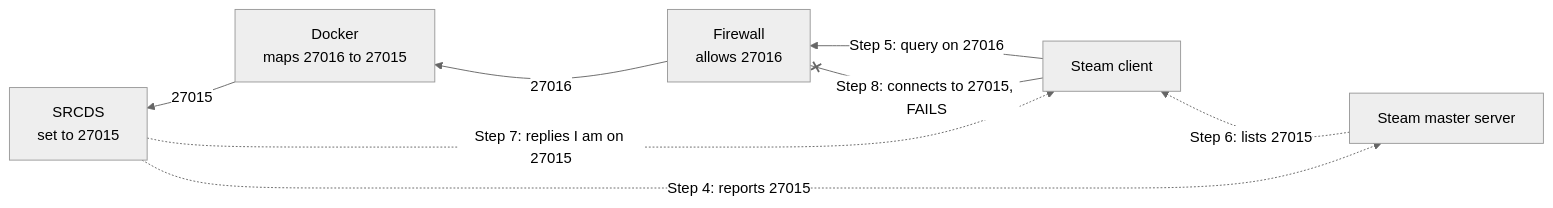
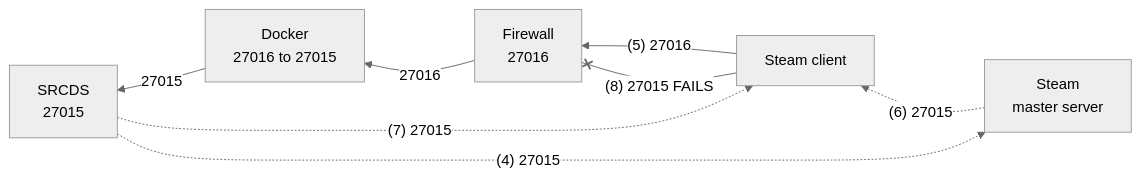
One commit to GameServerManagers/LinuxGSM-Docs changed the first of 2 diagrams in networking/ports.md. Above: the diagram before and after it, drawn with Mermaid (neutral theme). The commit also changed other lines of this file, not shown here.

Commit message:
docs(networking): shorten diagram labels so they stay readable

````diff
--- a/networking/ports.md
+++ b/networking/ports.md
@@ -91,16 +91,16 @@
 ```mermaid
 flowchart RL
-    MASTER["Steam master server"]
+    MASTER["Steam<br/>master server"]
     CLIENT["Steam client"]
-    FW["Firewall<br/>allows 27016"]
-    DOCKER["Docker<br/>maps 27016 to 27015"]
-    SRCDS["SRCDS<br/>set to 27015"]
+    FW["Firewall<br/>27016"]
+    DOCKER["Docker<br/>27016 to 27015"]
+    SRCDS["SRCDS<br/>27015"]
     MASTER ~~~ CLIENT ~~~ FW ~~~ DOCKER ~~~ SRCDS
-    CLIENT -- "Step 5: query on 27016" --> FW
+    CLIENT -- "(5) 27016" --> FW
     FW -- "27016" --> DOCKER
     DOCKER -- "27015" --> SRCDS
-    SRCDS -. "Step 4: reports 27015" .-> MASTER
-    MASTER -. "Step 6: lists 27015" .-> CLIENT
-    SRCDS -. "Step 7: replies I am on 27015" .-> CLIENT
-    CLIENT -- "Step 8: connects to 27015, FAILS" --x FW
+    SRCDS -. "(4) 27015" .-> MASTER
+    MASTER -. "(6) 27015" .-> CLIENT
+    SRCDS -. "(7) 27015" .-> CLIENT
+    CLIENT -- "(8) 27015 FAILS" --x FW
 ```
````
